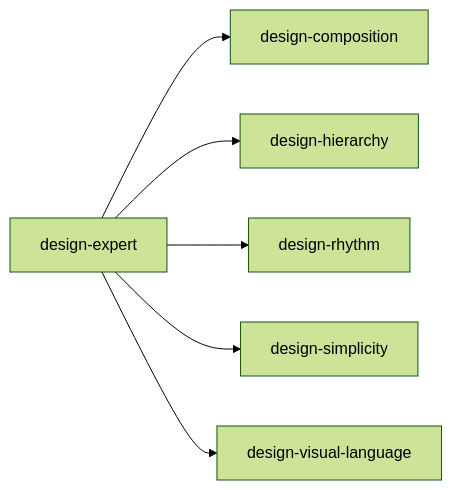
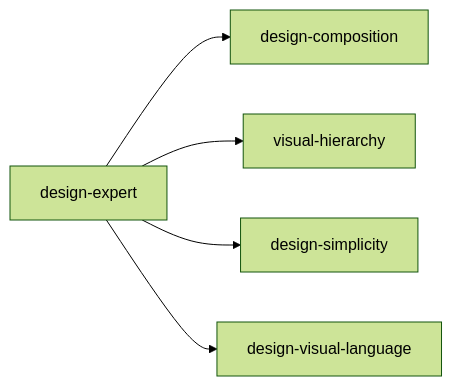
One commit to pnewsam/skills changed the seventh of 14 diagrams in README.md. Above: the diagram before and after it, drawn with Mermaid (forest theme). The commit also changed other lines of this file and 82 other files, not shown here.

````diff
--- a/README.md
+++ b/README.md
@@ -231,8 +241,7 @@
 ```mermaid
 flowchart LR
     DX[design-expert] --> DC[design-composition]
-    DX --> DH[design-hierarchy]
-    DX --> DR[design-rhythm]
+    DX --> VH[visual-hierarchy]
     DX --> DS[design-simplicity]
     DX --> DVL[design-visual-language]
 ```
````
